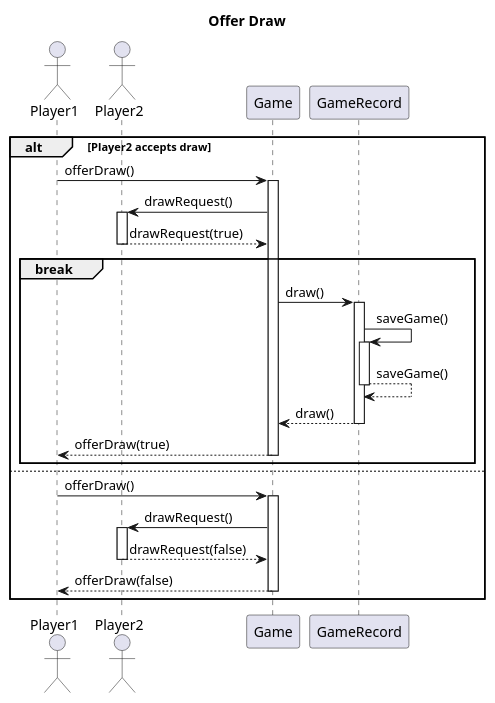
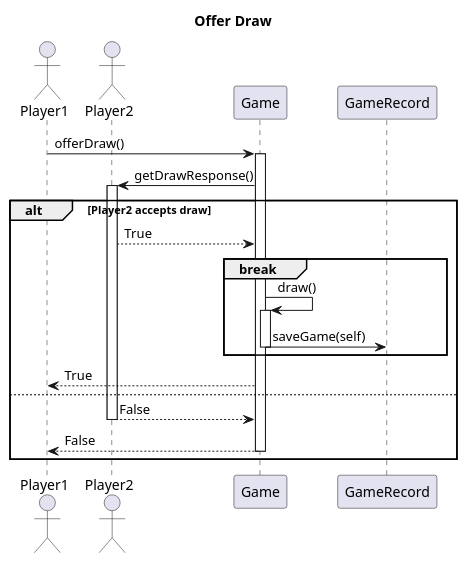
One commit to ECE493-W22-G04/rl-chess changed the diagram in docs/preliminary_design_diagrams/sequence_diagrams/offerdraw.puml. Above: the diagram before and after it, drawn with PlantUML. The commit also changed 1 other file, not shown here.

Commit message:
Make draw consistent with class diagram

```diff
--- a/docs/preliminary_design_diagrams/sequence_diagrams/offerdraw.puml
+++ b/docs/preliminary_design_diagrams/sequence_diagrams/offerdraw.puml
@@ -1,28 +1,34 @@
 @startuml
 
 title Offer Draw
 
-autoactivate on
 
 actor Player1
 actor Player2
 
+note right
+Player1 is assumed to start the draw negotiation
+end note
+
+Player1 -> Game : offerDraw()
+activate Game
+Game -> Player2 : getDrawResponse()
+activate Player2
 alt Player2 accepts draw
-    Player1 -> Game : offerDraw()
-    Game -> Player2 : drawRequest()
-    return drawRequest(true)
-    break
-        Game -> GameRecord: draw()
-        GameRecord -> GameRecord: saveGame()
-        return saveGame()
-        return draw()
-        return offerDraw(true)
-    end
+    Player2 --> Game:  True
+break
+    Game -> Game : draw()
+activate Game
+    Game -> GameRecord: saveGame(self)
+
+deactivate Game
+end
+    Game --> Player1 : True
 else
-    Player1 -> Game : offerDraw()
-    Game -> Player2 : drawRequest()
-    return drawRequest(false)
-    return offerDraw(false)
+    Player2 --> Game : False
+    deactivate Player2
+    Game --> Player1 : False
+deactivate Game
 end
 
 @enduml
```
